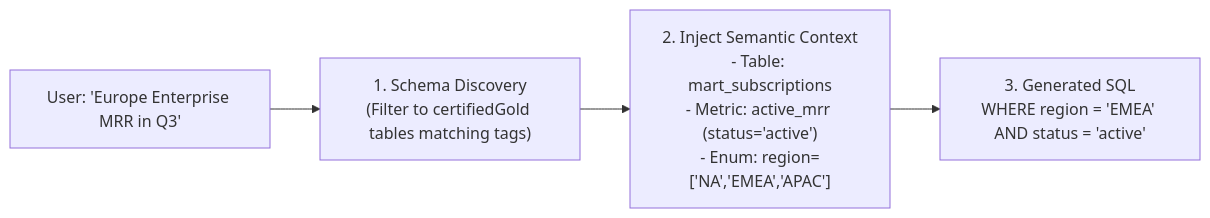
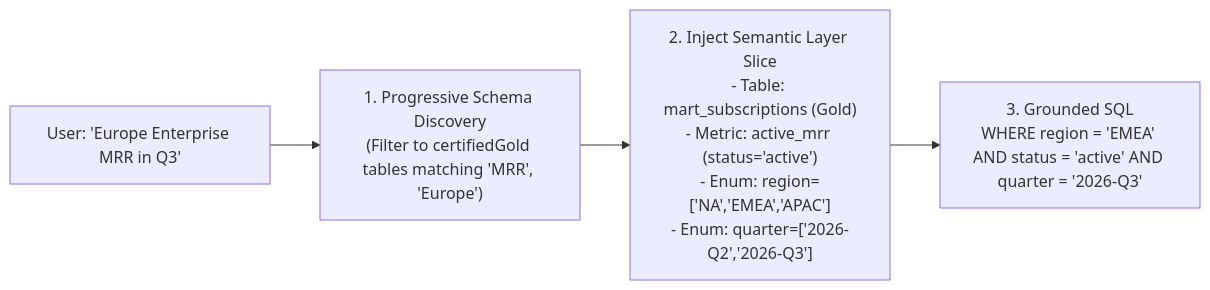
One commit to Amie-dev/FDE-and-GenAI-Mastery changed the first of 2 diagrams in Lecture 26 - Semantic Text-to-SQL and Analytical Python/notes/02_Metadata_Guided_Schema_Discovery_and_Semantic_Layers.md. Above: the diagram before and after it, drawn with Mermaid. The commit also changed other lines of this file and 92 other files, not shown here.

````diff
--- a/Lecture 26 - Semantic Text-to-SQL and Analytical Python/notes/02_Metadata_Guided_Schema_Discovery_and_Semantic_Layers.md
+++ b/Lecture 26 - Semantic Text-to-SQL and Analytical Python/notes/02_Metadata_Guided_Schema_Discovery_and_Semantic_Layers.md
@@ -62,6 +63,6 @@
 ```mermaid
 flowchart LR
-    Q["User: 'Europe Enterprise MRR in Q3'"] --> Prune["1. Schema Discovery<br/>(Filter to certifiedGold tables matching tags)"]
-    Prune --> Sem["2. Inject Semantic Context<br/>- Table: mart_subscriptions<br/>- Metric: active_mrr (status='active')<br/>- Enum: region=['NA','EMEA','APAC']"]
-    Sem --> SQL["3. Generated SQL<br/>WHERE region = 'EMEA' AND status = 'active'"]
+    Q["User: 'Europe Enterprise MRR in Q3'"] --> Prune["1. Progressive Schema Discovery<br/>(Filter to certifiedGold tables matching 'MRR', 'Europe')"]
+    Prune --> Sem["2. Inject Semantic Layer Slice<br/>- Table: mart_subscriptions (Gold)<br/>- Metric: active_mrr (status='active')<br/>- Enum: region=['NA','EMEA','APAC']<br/>- Enum: quarter=['2026-Q2','2026-Q3']"]
+    Sem --> SQL["3. Grounded SQL<br/>WHERE region = 'EMEA' AND status = 'active' AND quarter = '2026-Q3'"]
 ```
````
